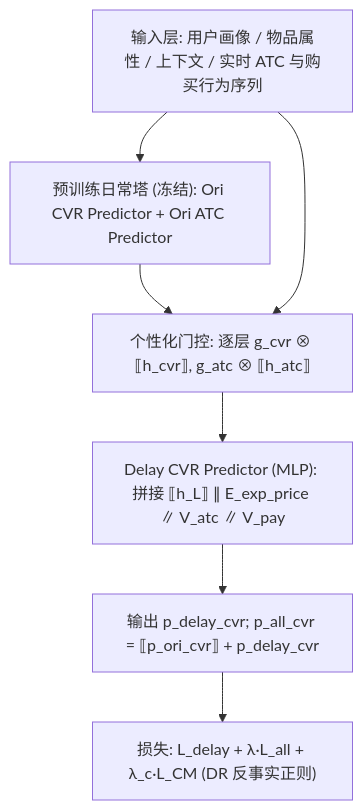
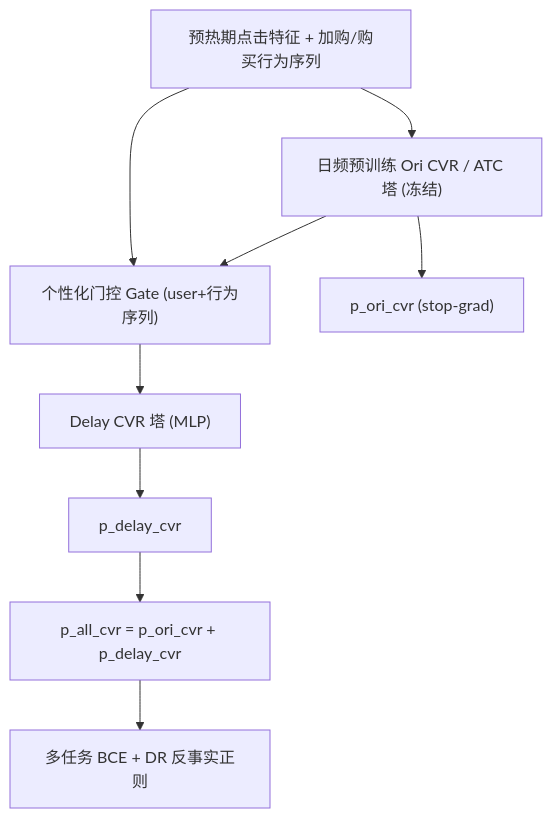
Before and after one commit to jbdcia321vw/Paper-Notes: the diagram in docs/venues/SIGIR/2026/ctr_feature_interaction/counterfactual_multi_task_learning_for_delayed_conversion_modeling_in_e_com.md, drawn with Mermaid. The commit also changed other lines of this file and 1119 other files, not shown here.

````diff
--- a/docs/venues/SIGIR/2026/ctr_feature_interaction/counterfactual_multi_task_learning_for_delayed_conversion_modeling_in_e_com.md
+++ b/docs/venues/SIGIR/2026/ctr_feature_interaction/counterfactual_multi_task_learning_for_delayed_conversion_modeling_in_e_com.md
@@ -59,9 +47,11 @@
 ```mermaid
 flowchart TD
-    A["输入层: 用户画像 / 物品属性 / 上下文 / 实时 ATC 与购买行为序列"] --> B["预训练日常塔 (冻结): Ori CVR Predictor + Ori ATC Predictor"]
-    B --> C["个性化门控: 逐层 g_cvr ⊗ ⟦h_cvr⟧, g_atc ⊗ ⟦h_atc⟧"]
-    A --> C
-    C --> D["Delay CVR Predictor (MLP): 拼接 ⟦h_L⟧ ∥ E_exp_price ∥ V_atc ∥ V_pay"]
-    D --> E["输出 p_delay_cvr; p_all_cvr = ⟦p_ori_cvr⟧ + p_delay_cvr"]
-    E --> F["损失: L_delay + λ·L_all + λ_c·L_CM (DR 反事实正则)"]
+    A["预热期点击特征 + 加购/购买行为序列"] --> B["日频预训练 Ori CVR / ATC 塔 (冻结)"]
+    A --> G["个性化门控 Gate (user+行为序列)"]
+    B --> G
+    G --> C["Delay CVR 塔 (MLP)"]
+    C --> D["p_delay_cvr"]
+    B --> E["p_ori_cvr (stop-grad)"]
+    D --> F["p_all_cvr = p_ori_cvr + p_delay_cvr"]
+    F --> L["多任务 BCE + DR 反事实正则"]
 ```
````
